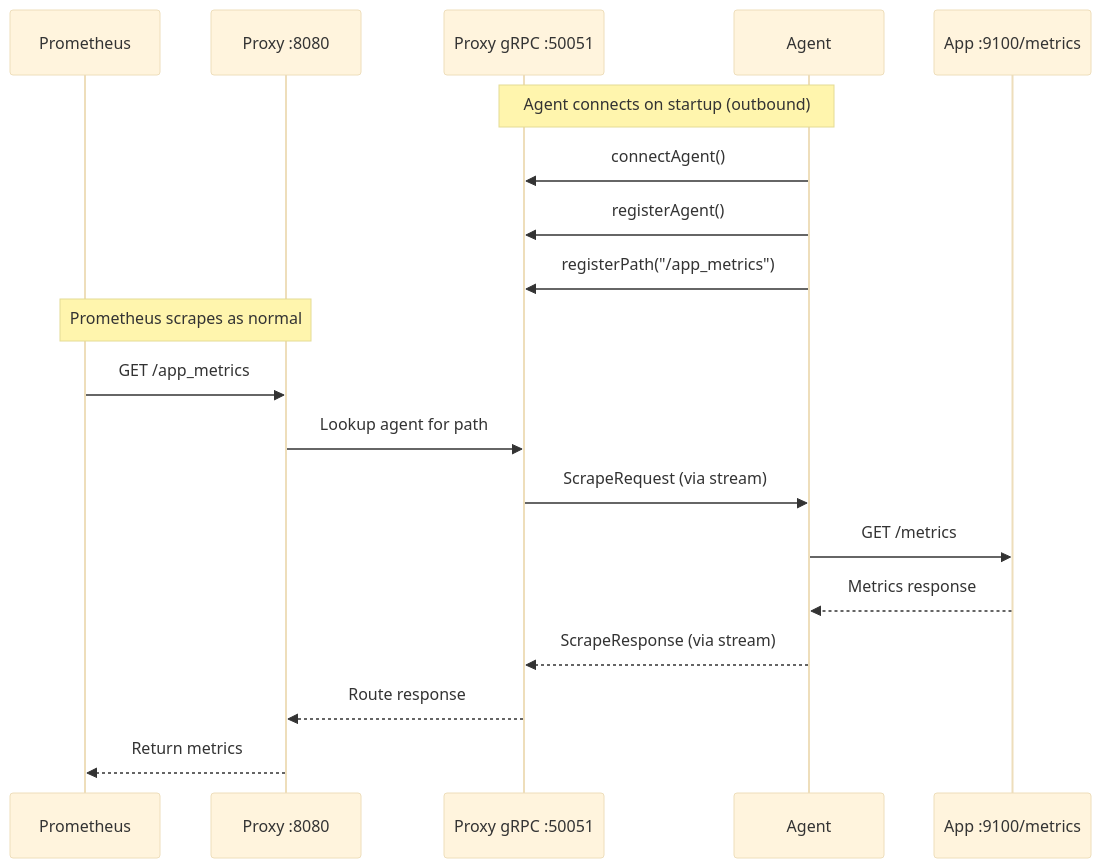
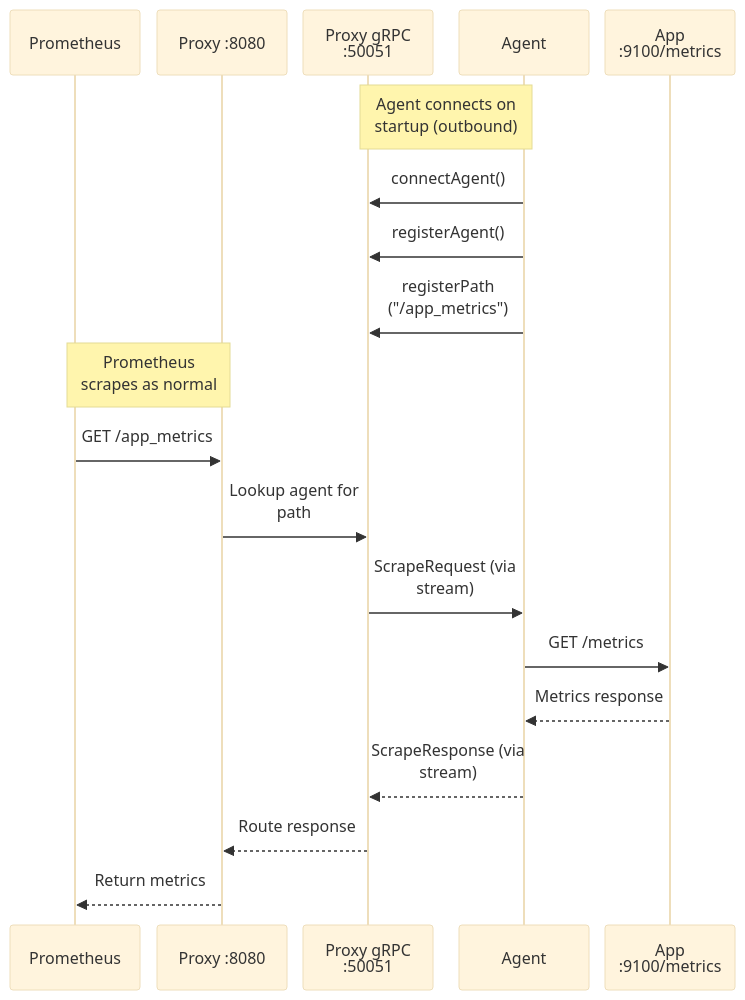
Before and after one commit to pambrose/prometheus-proxy: the diagram in website/prometheus-proxy/docs/architecture.md, drawn with Mermaid (base theme). The commit also changed 18 other files, not shown here.

First line of the commit message:
Draw the docs' diagrams readable, set the reading measure, and serve the lightbox from the site (#535)

````diff
--- a/website/prometheus-proxy/docs/architecture.md
+++ b/website/prometheus-proxy/docs/architecture.md
@@ -29,23 +29,24 @@
 ``` mermaid
+%%{init: {'sequence': {'actorMargin': 16, 'width': 130, 'wrap': true}}}%%
 sequenceDiagram
     participant P as Prometheus
     participant Proxy as Proxy :8080
     participant gRPC as Proxy gRPC :50051
     participant Agent as Agent
     participant App as App :9100/metrics
 
     Note over Agent, gRPC: Agent connects on startup (outbound)
     Agent->>gRPC: connectAgent()
     Agent->>gRPC: registerAgent()
-    Agent->>gRPC: registerPath("/app_metrics")
+    Agent->>gRPC: registerPath<br/>("/app_metrics")
 
     Note over P, Proxy: Prometheus scrapes as normal
     P->>Proxy: GET /app_metrics
     Proxy->>gRPC: Lookup agent for path
     gRPC->>Agent: ScrapeRequest (via stream)
     Agent->>App: GET /metrics
     App-->>Agent: Metrics response
     Agent-->>gRPC: ScrapeResponse (via stream)
     gRPC-->>Proxy: Route response
     Proxy-->>P: Return metrics
 ```
````
